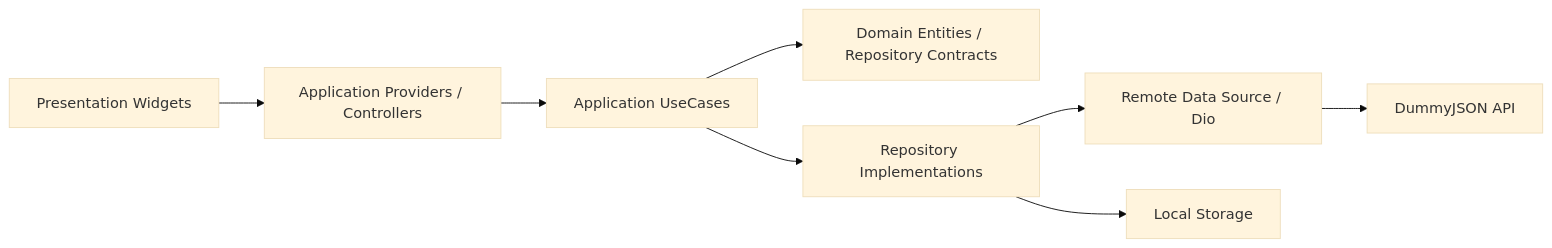
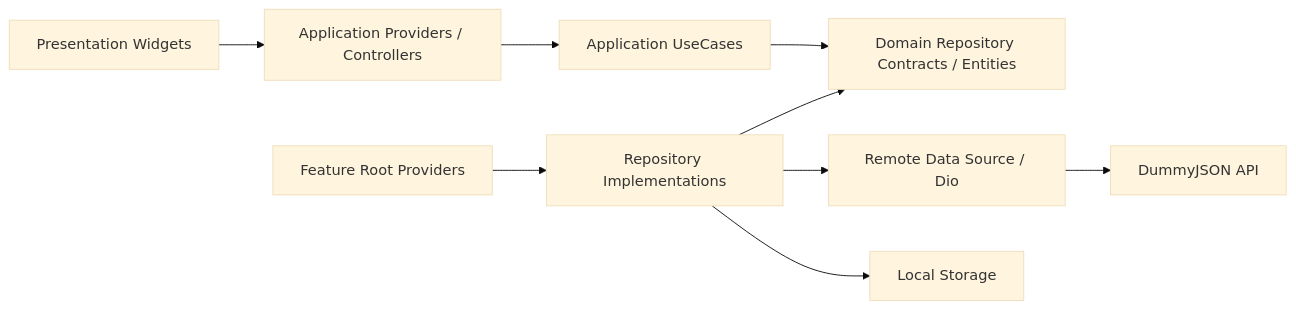
The first of 2 diagrams in README.md (jerry-cho-96/flutter_riverpod_3_starter), drawn with Mermaid (base theme) before and after one commit. The commit also changed other lines of this file and 2 other files, not shown here.

````diff
--- a/README.md
+++ b/README.md
@@ -110,10 +110,11 @@
 ```mermaid
 flowchart LR
     UI[Presentation Widgets] --> APP[Application Providers / Controllers]
     APP --> USECASE[Application UseCases]
-    USECASE --> DOMAIN[Domain Entities / Repository Contracts]
-    USECASE --> DATA[Repository Implementations]
+    USECASE --> CONTRACT[Domain Repository Contracts / Entities]
+    ROOT[Feature Root Providers] --> DATA[Repository Implementations]
+    DATA --> CONTRACT
     DATA --> REMOTE[Remote Data Source / Dio]
     DATA --> LOCAL[Local Storage]
     REMOTE --> API[DummyJSON API]
 ```
````
